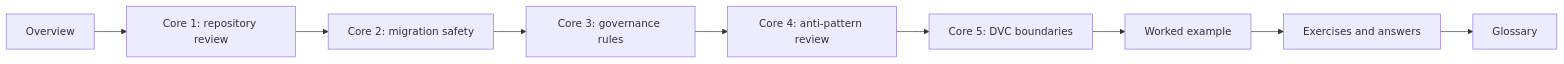
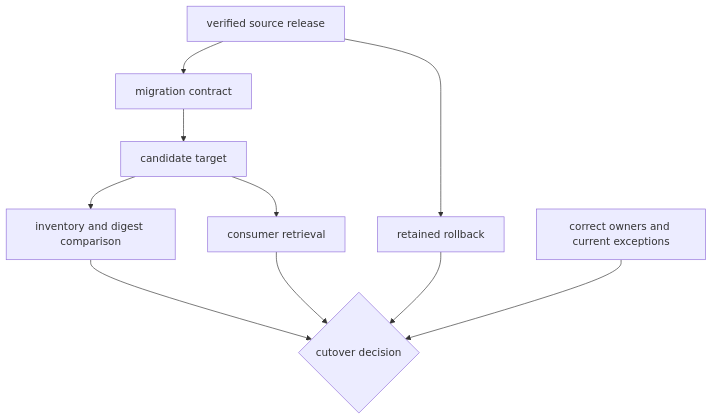
The third of 3 diagrams in programs/reproducible-research/deep-dive-dvc/course-book/module-10-migration-governance-dvc-boundaries/index.md (bijux/bijux-masterclass), drawn with Mermaid before and after one commit. The commit also changed other lines of this file, not shown here.

Commit message:
docs(dvc): orient independent governance study

````diff
--- a/programs/reproducible-research/deep-dive-dvc/course-book/module-10-migration-governance-dvc-boundaries/index.md
+++ b/programs/reproducible-research/deep-dive-dvc/course-book/module-10-migration-governance-dvc-boundaries/index.md
@@ -71,11 +105,12 @@
 ```mermaid
-flowchart LR
-  overview["Overview"] --> core1["Core 1: repository review"]
-  core1 --> core2["Core 2: migration safety"]
-  core2 --> core3["Core 3: governance rules"]
-  core3 --> core4["Core 4: anti-pattern review"]
-  core4 --> core5["Core 5: DVC boundaries"]
-  core5 --> example["Worked example"]
-  example --> practice["Exercises and answers"]
-  practice --> glossary["Glossary"]
+flowchart TB
+  S["verified source release"] --> C["migration contract"]
+  C --> T["candidate target"]
+  T --> I["inventory and digest comparison"]
+  T --> U["consumer retrieval"]
+  S --> R["retained rollback"]
+  I --> D{"cutover decision"}
+  U --> D
+  R --> D
+  O["correct owners and current exceptions"] --> D
 ```
````
